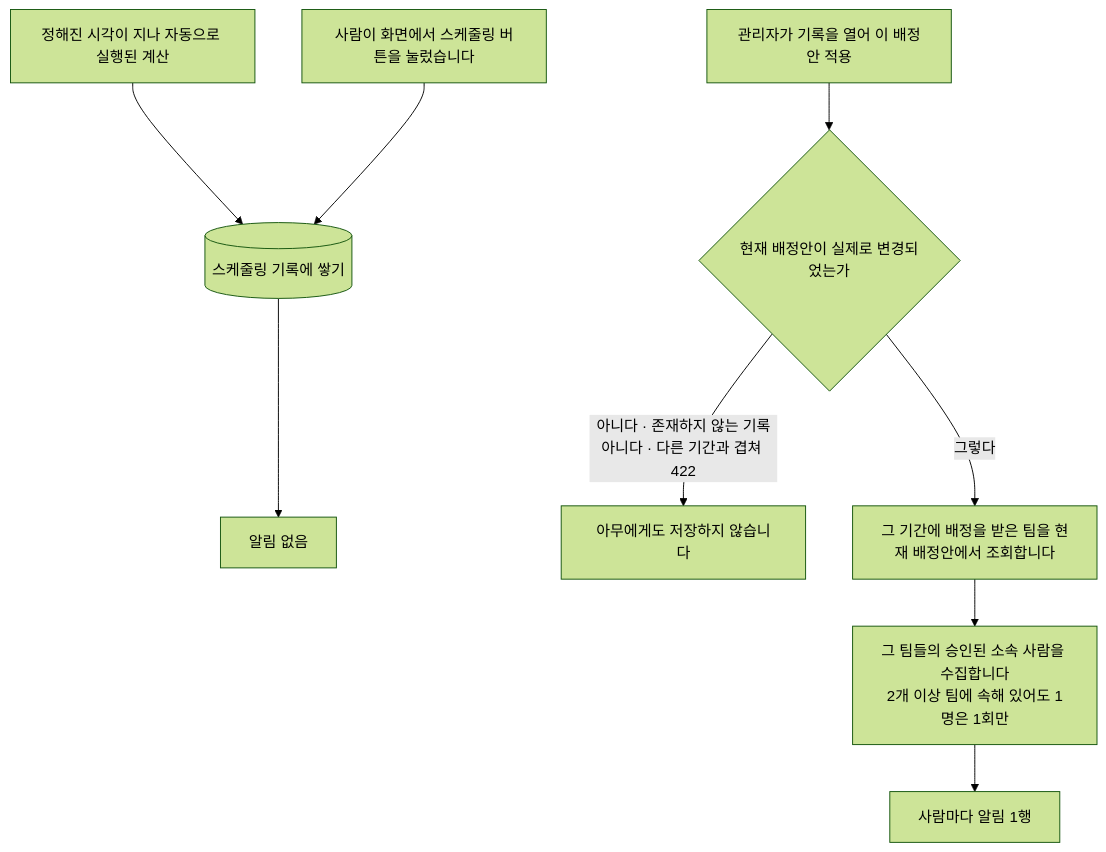
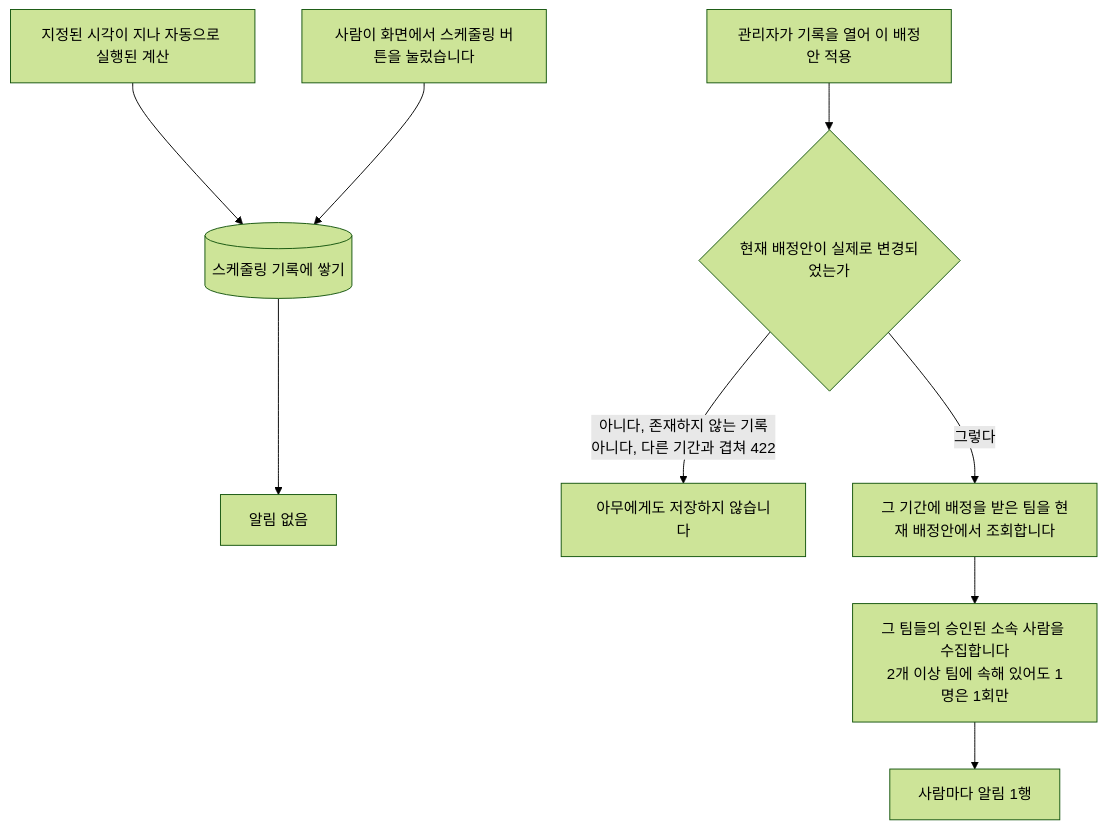
The third of 3 diagrams in .cluedoc/auto-assignment/auto-assignment.md (minkong-dev/Banblit), drawn with Mermaid (forest theme) before and after one commit. The commit also changed other lines of this file and 21 other files, not shown here.

````diff
--- a/.cluedoc/auto-assignment/auto-assignment.md
+++ b/.cluedoc/auto-assignment/auto-assignment.md
@@ -258,11 +259,11 @@
 ```mermaid
 flowchart TD
-    A[정해진 시각이 지나 자동으로 실행된 계산] --> R[(스케줄링 기록에 쌓기)]
+    A[지정된 시각이 지나 자동으로 실행된 계산] --> R[(스케줄링 기록에 쌓기)]
     B[사람이 화면에서 스케줄링 버튼을 눌렀습니다] --> R
     R --> N[알림 없음]
     C[관리자가 기록을 열어 이 배정안 적용] --> S{현재 배정안이 실제로 변경되었는가}
-    S -->|아니다 · 존재하지 않는 기록<br/>아니다 · 다른 기간과 겹쳐 422| N2[아무에게도 저장하지 않습니다]
+    S -->|아니다, 존재하지 않는 기록<br/>아니다, 다른 기간과 겹쳐 422| N2[아무에게도 저장하지 않습니다]
     S -->|그렇다| M[그 기간에 배정을 받은 팀을 현재 배정안에서 조회합니다]
     M --> P[그 팀들의 승인된 소속 사람을 수집합니다<br/>2개 이상 팀에 속해 있어도 1명은 1회만]
     P --> W[사람마다 알림 1행]
 ```
````
